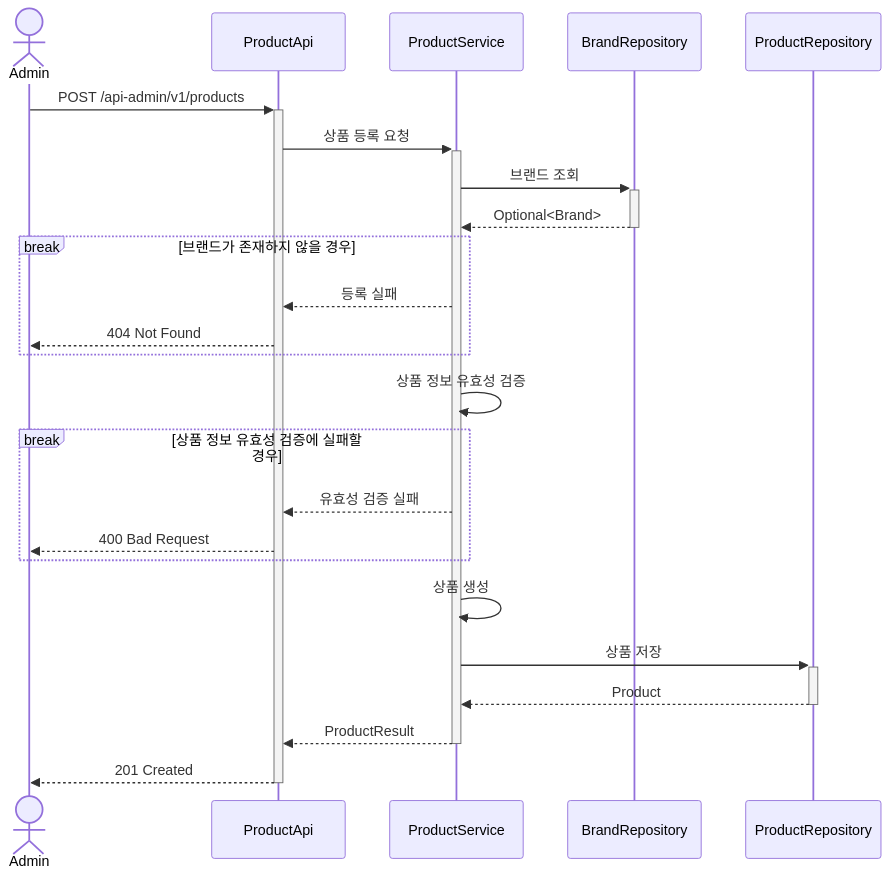
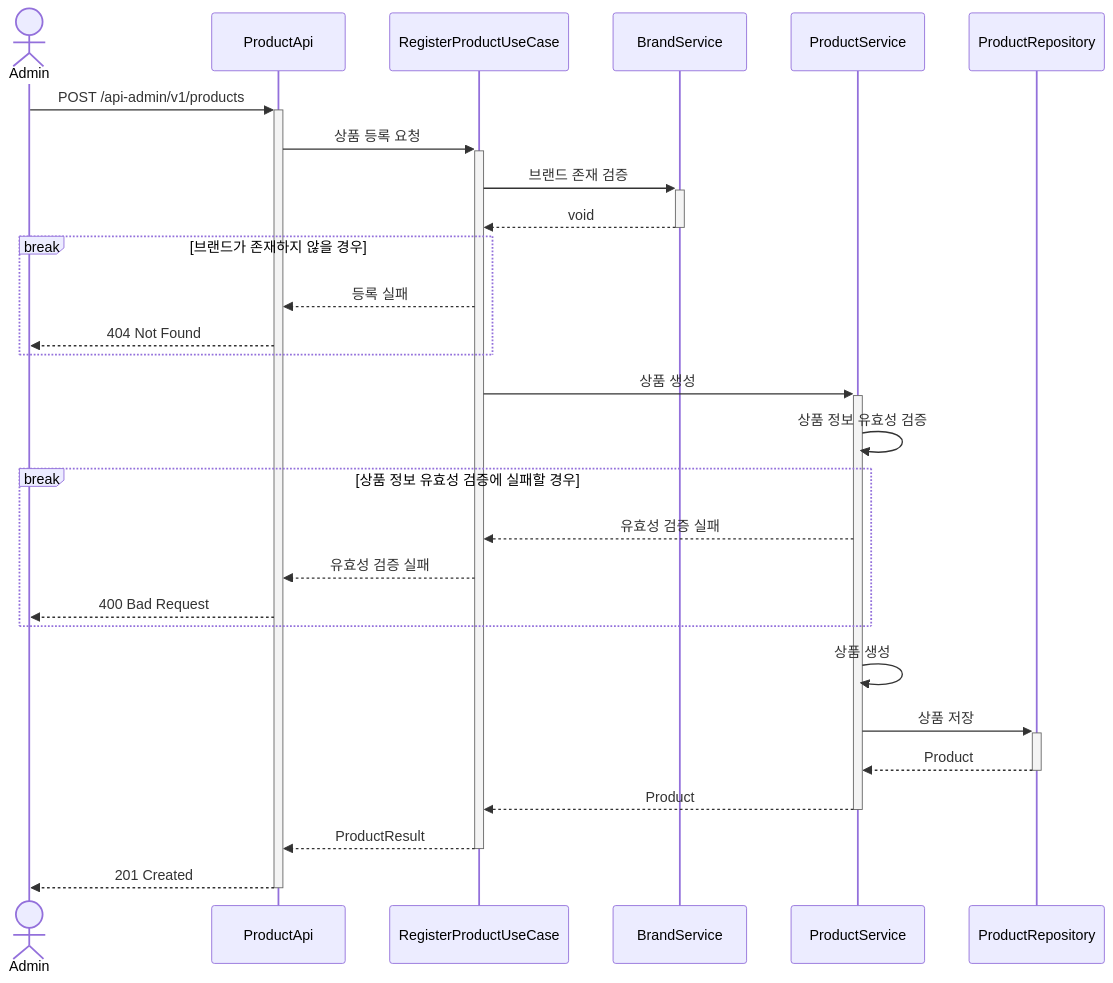
The ninth of 23 diagrams in .docs/design/02-sequence-diagrams.md (Loopers-dev-lab/loop-pack-be-l2-vol3-java), drawn with Mermaid before and after one commit. The commit also changed other lines of this file and 88 other files, not shown here.

````diff
--- a/.docs/design/02-sequence-diagrams.md
+++ b/.docs/design/02-sequence-diagrams.md
@@ -303,32 +327,36 @@
 ```mermaid
 sequenceDiagram
     actor Admin
     participant ProductApi
+    participant RegisterProductUseCase
+    participant BrandService
     participant ProductService
-    participant BrandRepository
     participant ProductRepository
 
     Admin ->>+ ProductApi: POST /api-admin/v1/products
-    ProductApi ->>+ ProductService: 상품 등록 요청
+    ProductApi ->>+ RegisterProductUseCase: 상품 등록 요청
 
-    ProductService ->>+ BrandRepository: 브랜드 조회
-    BrandRepository -->>- ProductService: Optional<Brand>
+    RegisterProductUseCase ->>+ BrandService: 브랜드 존재 검증
+    BrandService -->>- RegisterProductUseCase: void
 
     break 브랜드가 존재하지 않을 경우
-        ProductService -->> ProductApi: 등록 실패
+        RegisterProductUseCase -->> ProductApi: 등록 실패
         ProductApi -->> Admin: 404 Not Found
     end
 
+    RegisterProductUseCase ->>+ ProductService: 상품 생성
     ProductService ->> ProductService: 상품 정보 유효성 검증
 
     break 상품 정보 유효성 검증에 실패할 경우
-        ProductService -->> ProductApi: 유효성 검증 실패
+        ProductService -->> RegisterProductUseCase: 유효성 검증 실패
+        RegisterProductUseCase -->> ProductApi: 유효성 검증 실패
         ProductApi -->> Admin: 400 Bad Request
     end
 
     ProductService ->> ProductService: 상품 생성
     ProductService ->>+ ProductRepository: 상품 저장
     ProductRepository -->>- ProductService: Product
-    ProductService -->>- ProductApi: ProductResult
+    ProductService -->>- RegisterProductUseCase: Product
+    RegisterProductUseCase -->>- ProductApi: ProductResult
     ProductApi -->>- Admin: 201 Created
 ```
````
